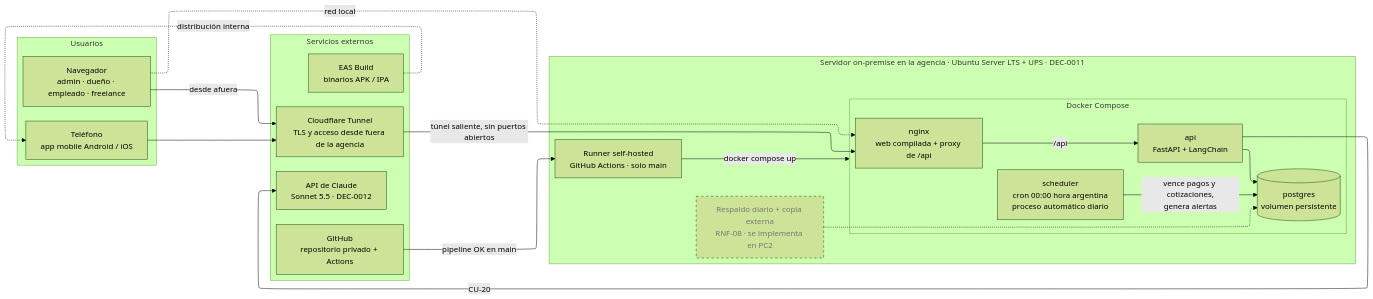
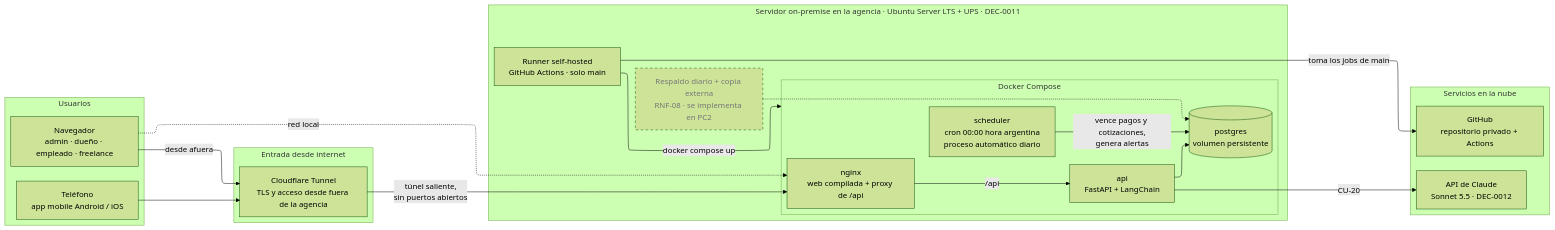
Before and after one commit to FranLuciano04/Vault-Rumbo: the first of 2 diagrams in 05-Diseño/Arquitectura/ARQ — Vista general.md, drawn with Mermaid (forest theme). The commit also changed 9 other files, not shown here.

First line of the commit message:
Exportar diagramas a PNG para la entrega en PDF

````diff
--- a/05-Diseño/Arquitectura/ARQ — Vista general.md
+++ b/05-Diseño/Arquitectura/ARQ — Vista general.md
@@ -18,42 +18,43 @@
 ```mermaid
 %%{init: {"flowchart": {"defaultRenderer": "elk"}} }%%
 flowchart LR
     subgraph Usuarios["Usuarios"]
       Nav["Navegador<br/>admin · dueño · empleado · freelance"]
       Tel["Teléfono<br/>app mobile Android / iOS"]
     end
 
-    subgraph Externos["Servicios externos"]
+    subgraph Entrada["Entrada desde internet"]
       CF["Cloudflare Tunnel<br/>TLS y acceso desde fuera de la agencia"]
-      Claude["API de Claude<br/>Sonnet 5.5 · DEC-0012"]
-      GH["GitHub<br/>repositorio privado + Actions"]
-      EAS["EAS Build<br/>binarios APK / IPA"]
     end
 
     subgraph Agencia["Servidor on-premise en la agencia · Ubuntu Server LTS + UPS · DEC-0011"]
       subgraph Compose["Docker Compose"]
         Nginx["nginx<br/>web compilada + proxy de /api"]
         API["api<br/>FastAPI + LangChain"]
         DB[("postgres<br/>volumen persistente")]
         Sched["scheduler<br/>cron 00:00 hora argentina<br/>proceso automático diario"]
       end
       Runner["Runner self-hosted<br/>GitHub Actions · solo main"]
       Backup["Respaldo diario + copia externa<br/>RNF-08 · se implementa en PC2"]
     end
 
+    subgraph Nube["Servicios en la nube"]
+      Claude["API de Claude<br/>Sonnet 5.5 · DEC-0012"]
+      GH["GitHub<br/>repositorio privado + Actions"]
+    end
+
     Nav -->|"desde afuera"| CF
     Tel --> CF
     Nav -. "red local" .-> Nginx
-    CF -->|"túnel saliente, sin puertos abiertos"| Nginx
+    CF -->|"túnel saliente,<br/>sin puertos abiertos"| Nginx
     Nginx -->|"/api"| API
     API --> DB
+    Sched -->|"vence pagos y cotizaciones,<br/>genera alertas"| DB
+    Backup -.-> DB
     API -->|"CU-20"| Claude
-    Sched -->|"vence pagos y cotizaciones,<br/>genera alertas"| DB
-    GH -->|"pipeline OK en main"| Runner
+    Runner -->|"toma los jobs de main"| GH
     Runner -->|"docker compose up"| Compose
-    EAS -. "distribución interna" .-> Tel
-    Backup -.-> DB
 
     classDef pendiente stroke-dasharray: 5 5,color:#777
     class Backup pendiente
 ```
````
